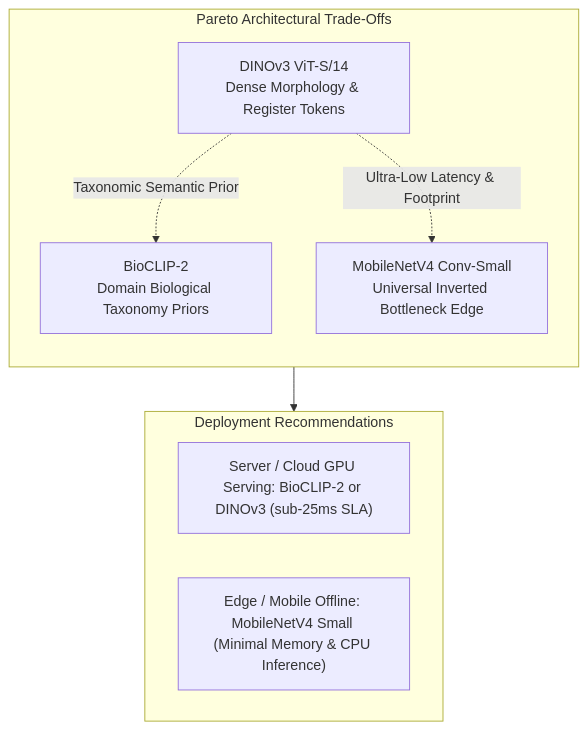
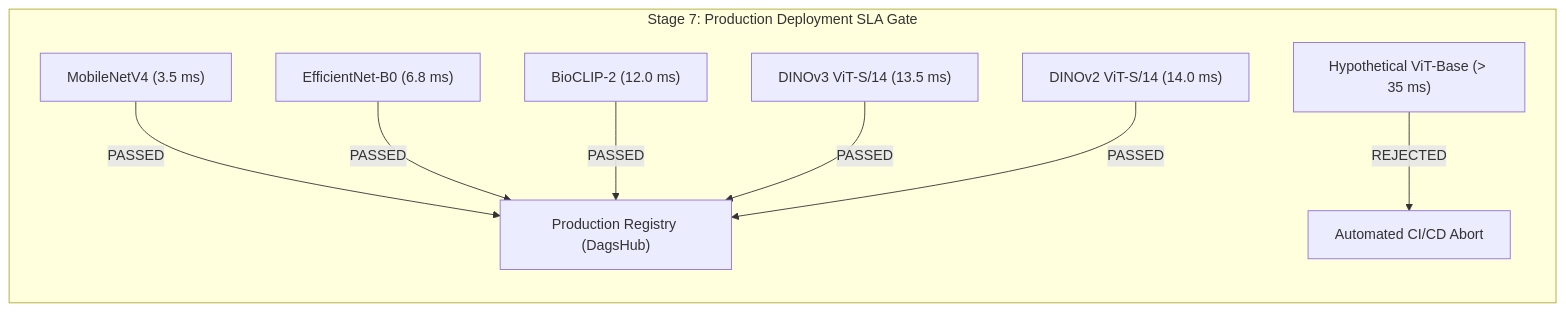
Before and after one commit to foersben/taxon-vision-mlops: the diagram in docs/model_engineering/backbone_benchmarking_pareto.md, drawn with Mermaid. The commit also changed other lines of this file and 7 other files, not shown here.

````diff
--- a/docs/model_engineering/backbone_benchmarking_pareto.md
+++ b/docs/model_engineering/backbone_benchmarking_pareto.md
@@ -56,19 +63,11 @@
 ```mermaid
-flowchart TD
-    subgraph Pareto["Pareto Architectural Trade-Offs"]
-        direction TB
-        B1["DINOv3 ViT-S/14<br/>Dense Morphology & Register Tokens"]
-        B2["BioCLIP-2<br/>Domain Biological Taxonomy Priors"]
-        B3["MobileNetV4 Conv-Small<br/>Universal Inverted Bottleneck Edge"]
-
-        B1 -.->|Taxonomic Semantic Prior| B2
-        B1 -.->|Ultra-Low Latency & Footprint| B3
+flowchart LR
+    subgraph Gate["Stage 7: Production Deployment SLA Gate"]
+        M1["MobileNetV4 (3.5 ms)"] -->|PASSED| DEPLOY["Production Registry (DagsHub)"]
+        M2["EfficientNet-B0 (6.8 ms)"] -->|PASSED| DEPLOY
+        M3["BioCLIP-2 (12.0 ms)"] -->|PASSED| DEPLOY
+        M4["DINOv3 ViT-S/14 (13.5 ms)"] -->|PASSED| DEPLOY
+        M5["DINOv2 ViT-S/14 (14.0 ms)"] -->|PASSED| DEPLOY
+        M6["Hypothetical ViT-Base (> 35 ms)"] -->|REJECTED| FAIL["Automated CI/CD Abort"]
     end
-
-    subgraph Recommendation["Deployment Recommendations"]
-        R1["Server / Cloud GPU Serving: BioCLIP-2 or DINOv3 (sub-25ms SLA)"]
-        R2["Edge / Mobile Offline: MobileNetV4 Small (Minimal Memory & CPU Inference)"]
-    end
-
-    Pareto --> Recommendation
 ```
````
